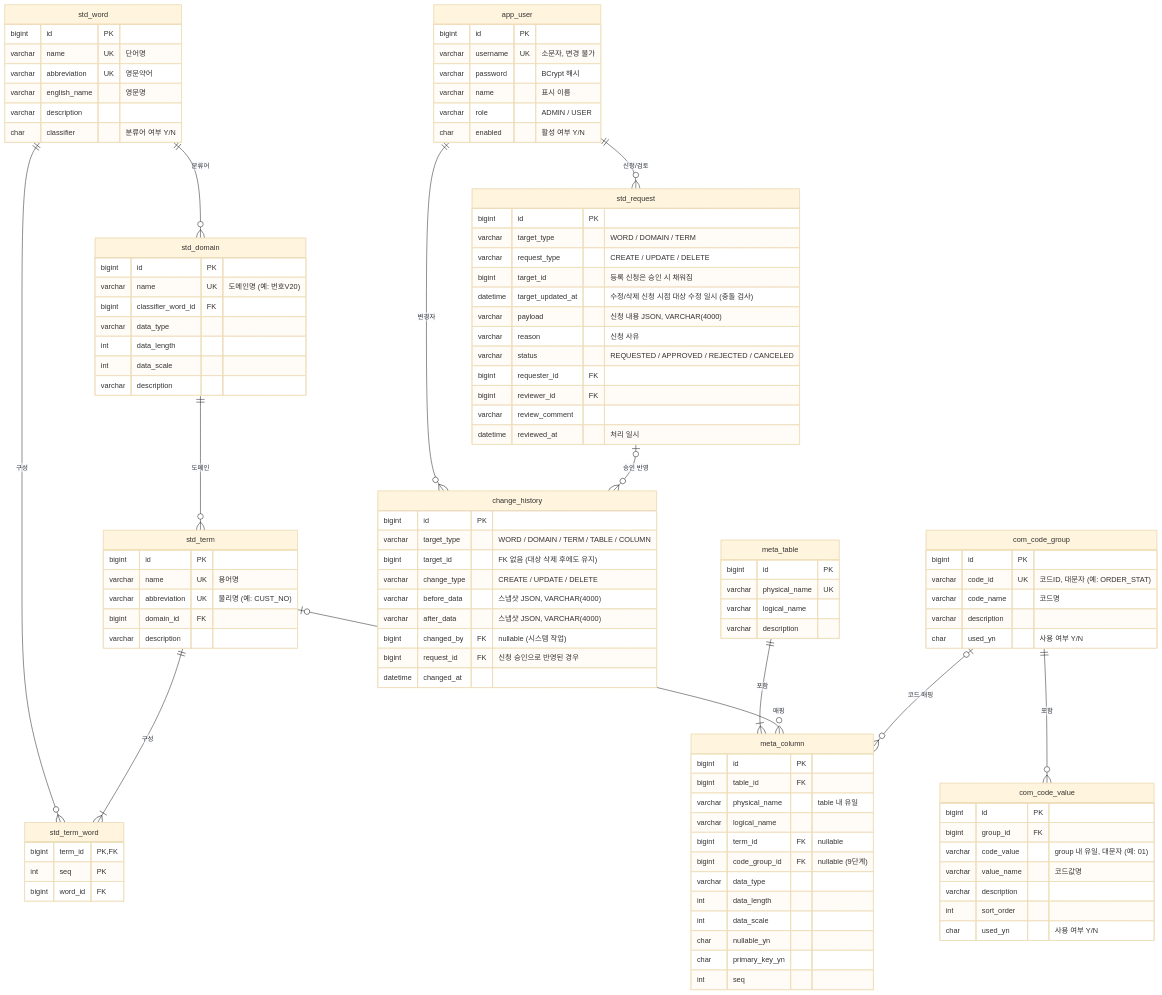
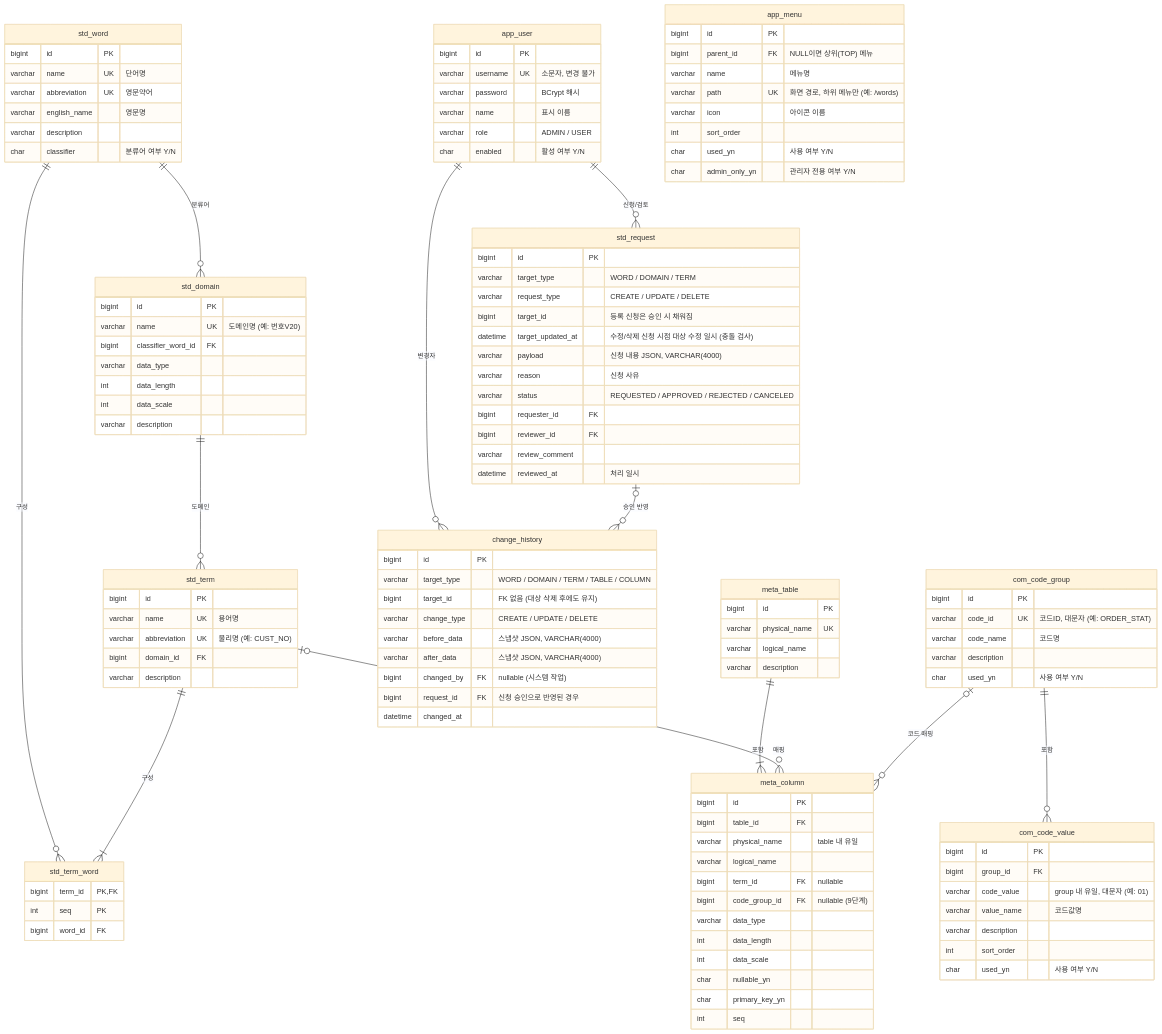
The diagram in docs/design.md (yongjinjung/step), drawn with Mermaid (base theme) before and after one commit. The commit also changed other lines of this file and 22 other files, not shown here.

```diff
--- a/docs/design.md
+++ b/docs/design.md
@@ -187,6 +201,16 @@
         varchar description
         char used_yn "사용 여부 Y/N"
     }
+    app_menu {
+        bigint id PK
+        bigint parent_id FK "NULL이면 상위(TOP) 메뉴"
+        varchar name "메뉴명"
+        varchar path UK "화면 경로, 하위 메뉴만 (예: /words)"
+        varchar icon "아이콘 이름"
+        int sort_order
+        char used_yn "사용 여부 Y/N"
+        char admin_only_yn "관리자 전용 여부 Y/N"
+    }
     com_code_value {
         bigint id PK
         bigint group_id FK
```
